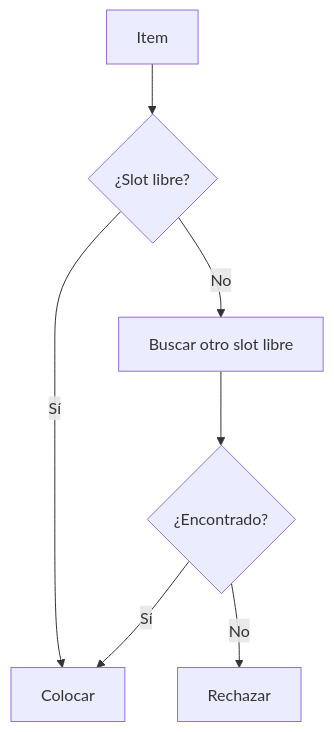
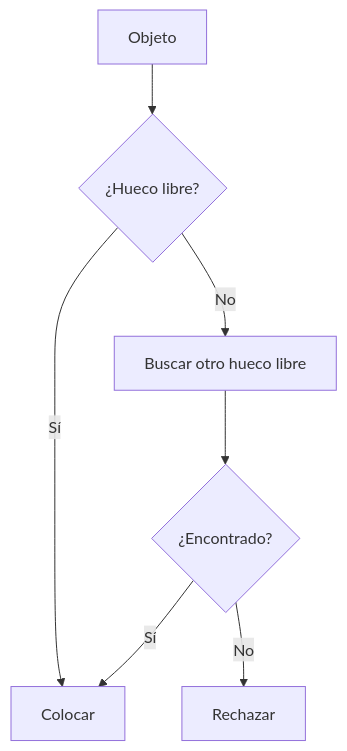
Before and after one commit to SergeevSergey99/DragAndDropSystem-Docs: the second of 4 diagrams in .docs/content/architecture/strategies.es.md, drawn with Mermaid. The commit also changed other lines of this file and 9 other files, not shown here.

````diff
--- a/.docs/content/architecture/strategies.es.md
+++ b/.docs/content/architecture/strategies.es.md
@@ -34,9 +40,9 @@
 ```mermaid
 flowchart TD
-    A["Item"] --> B{"¿Slot libre?"}
+    A["Objeto"] --> B{"¿Hueco libre?"}
     B -->|Sí| C["Colocar"]
-    B -->|No| D["Buscar otro slot libre"]
+    B -->|No| D["Buscar otro hueco libre"]
     D --> E{"¿Encontrado?"}
     E -->|Sí| C
     E -->|No| F["Rechazar"]
 ```
````
